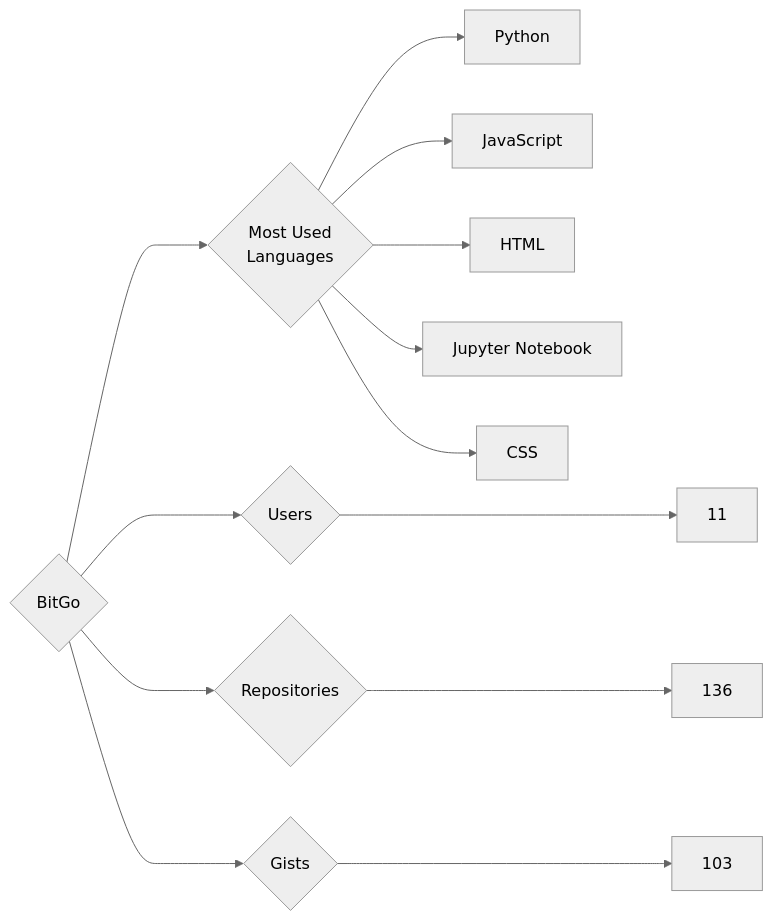
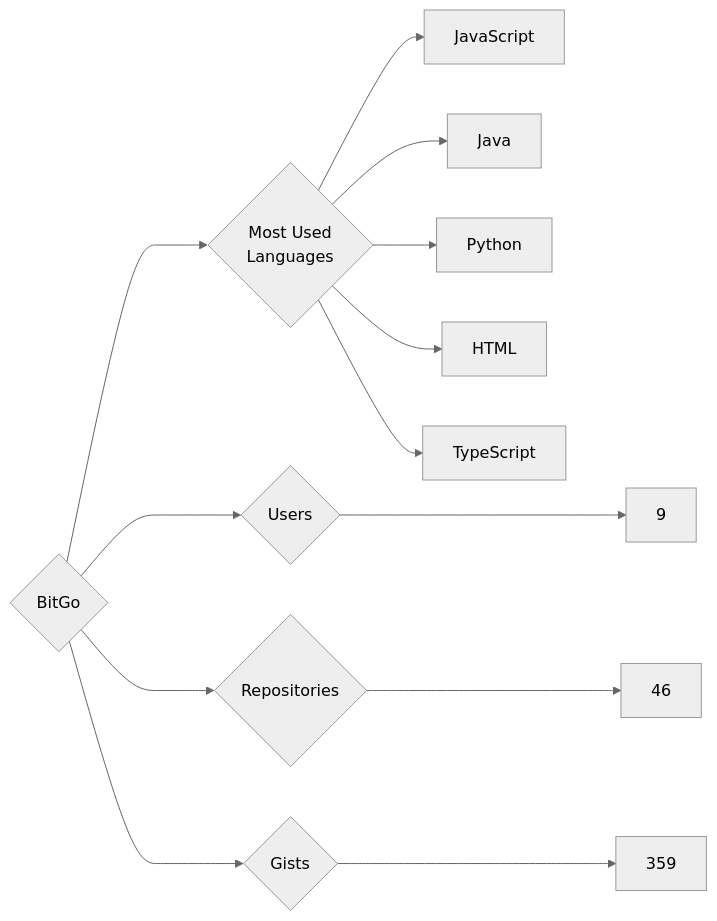
Before and after one commit to trickest/insiders: the diagram in targets/BitGo/README.md, drawn with Mermaid (neutral theme). The commit also changed 693 other files, not shown here.

````diff
--- a/targets/BitGo/README.md
+++ b/targets/BitGo/README.md
@@ -3,13 +3,13 @@
 ```mermaid
 graph LR
 COMPANY_NAME{BitGo}
-COMPANY_NAME ---> U{Users} ---> UN[11]
-COMPANY_NAME ---> R{Repositories} ---> RN[136]
-COMPANY_NAME ---> G{Gists} ---> GN[103]
+COMPANY_NAME ---> U{Users} ---> UN[9]
+COMPANY_NAME ---> R{Repositories} ---> RN[46]
+COMPANY_NAME ---> G{Gists} ---> GN[359]
 COMPANY_NAME ---> ML{Most Used<br>Languages}
+ML --> JavaScript[JavaScript]
+ML --> Java[Java]
 ML --> Python[Python]
-ML --> JavaScript[JavaScript]
 ML --> HTML[HTML]
-ML --> Jupyter_Notebook[Jupyter Notebook]
-ML --> CSS[CSS]
+ML --> TypeScript[TypeScript]
 ```
````
